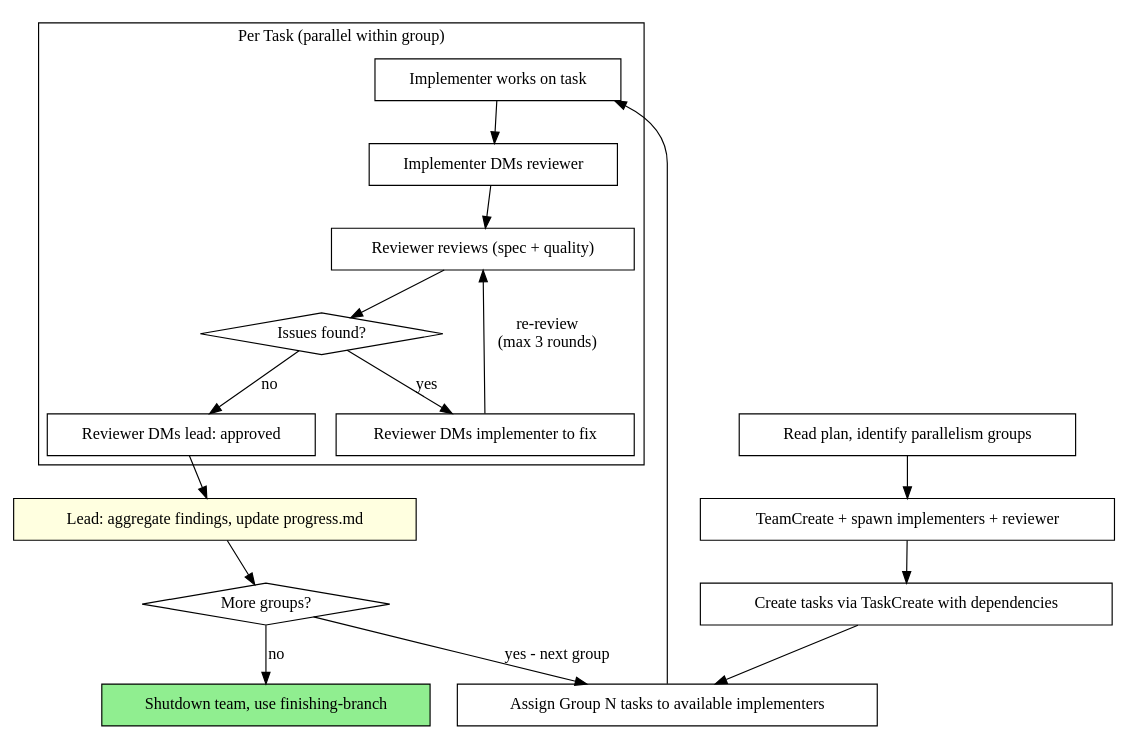
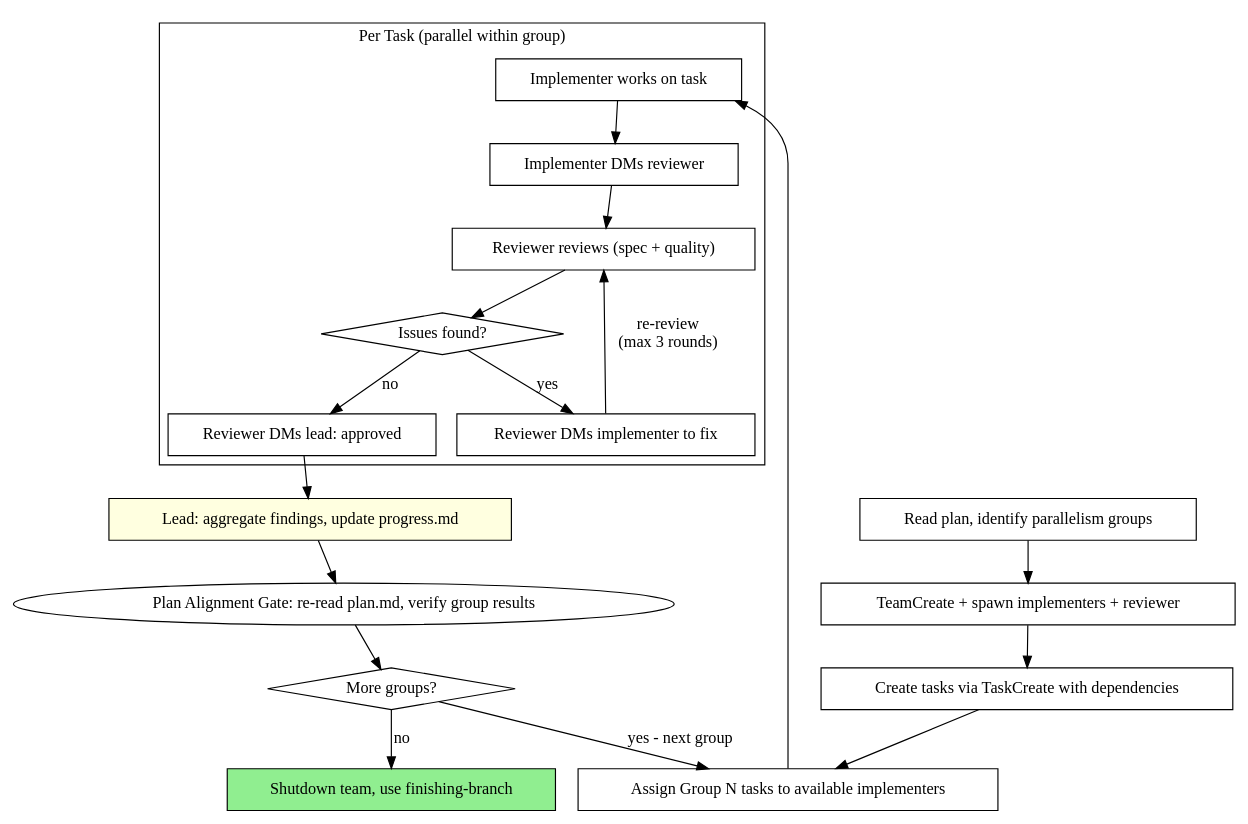
The second of 2 diagrams in skills/team-driven/SKILL.md (SipengXie2024/superpower-planning), drawn with Graphviz before and after one commit. The commit also changed other lines of this file and 15 other files, not shown here.

First line of the commit message:
feat: add plan alignment mechanism to prevent execution drift

````diff
--- a/skills/team-driven/SKILL.md
+++ b/skills/team-driven/SKILL.md
@@ -92,39 +92,40 @@
 ```dot
 digraph process {
     rankdir=TB;
 
     "Read plan, identify parallelism groups" [shape=box];
     "TeamCreate + spawn implementers + reviewer" [shape=box];
     "Create tasks via TaskCreate with dependencies" [shape=box];
     "Assign Group N tasks to available implementers" [shape=box];
 
     subgraph cluster_per_task {
         label="Per Task (parallel within group)";
         "Implementer works on task" [shape=box];
         "Implementer DMs reviewer" [shape=box];
         "Reviewer reviews (spec + quality)" [shape=box];
         "Issues found?" [shape=diamond];
         "Reviewer DMs implementer to fix" [shape=box];
         "Reviewer DMs lead: approved" [shape=box];
     }
 
     "Lead: aggregate findings, update progress.md" [shape=box style=filled fillcolor=lightyellow];
     "More groups?" [shape=diamond];
     "Shutdown team, use finishing-branch" [shape=box style=filled fillcolor=lightgreen];
 
     "Read plan, identify parallelism groups" -> "TeamCreate + spawn implementers + reviewer";
     "TeamCreate + spawn implementers + reviewer" -> "Create tasks via TaskCreate with dependencies";
     "Create tasks via TaskCreate with dependencies" -> "Assign Group N tasks to available implementers";
     "Assign Group N tasks to available implementers" -> "Implementer works on task";
     "Implementer works on task" -> "Implementer DMs reviewer";
     "Implementer DMs reviewer" -> "Reviewer reviews (spec + quality)";
     "Reviewer reviews (spec + quality)" -> "Issues found?";
     "Issues found?" -> "Reviewer DMs implementer to fix" [label="yes"];
     "Reviewer DMs implementer to fix" -> "Reviewer reviews (spec + quality)" [label="re-review\n(max 3 rounds)"];
     "Issues found?" -> "Reviewer DMs lead: approved" [label="no"];
     "Reviewer DMs lead: approved" -> "Lead: aggregate findings, update progress.md";
-    "Lead: aggregate findings, update progress.md" -> "More groups?";
+    "Lead: aggregate findings, update progress.md" -> "Plan Alignment Gate: re-read plan.md, verify group results";
+    "Plan Alignment Gate: re-read plan.md, verify group results" -> "More groups?";
     "More groups?" -> "Assign Group N tasks to available implementers" [label="yes - next group"];
     "More groups?" -> "Shutdown team, use finishing-branch" [label="no"];
 }
 ```
````
